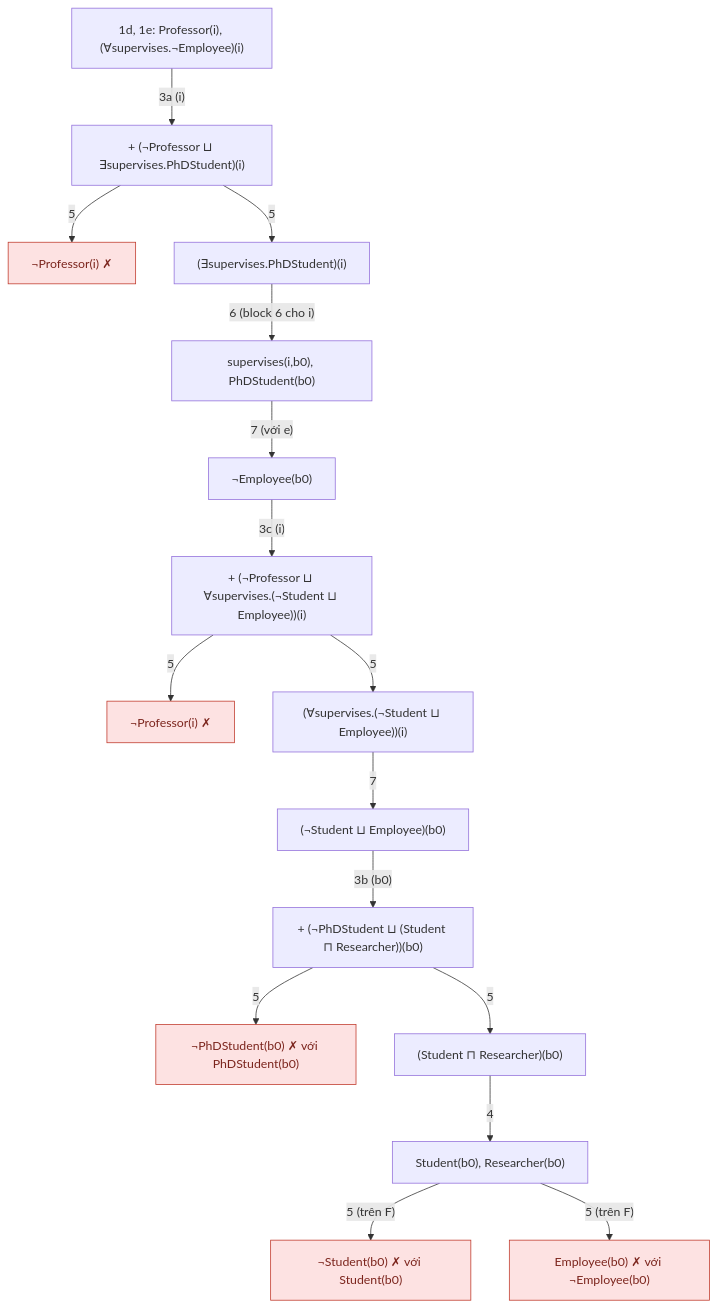
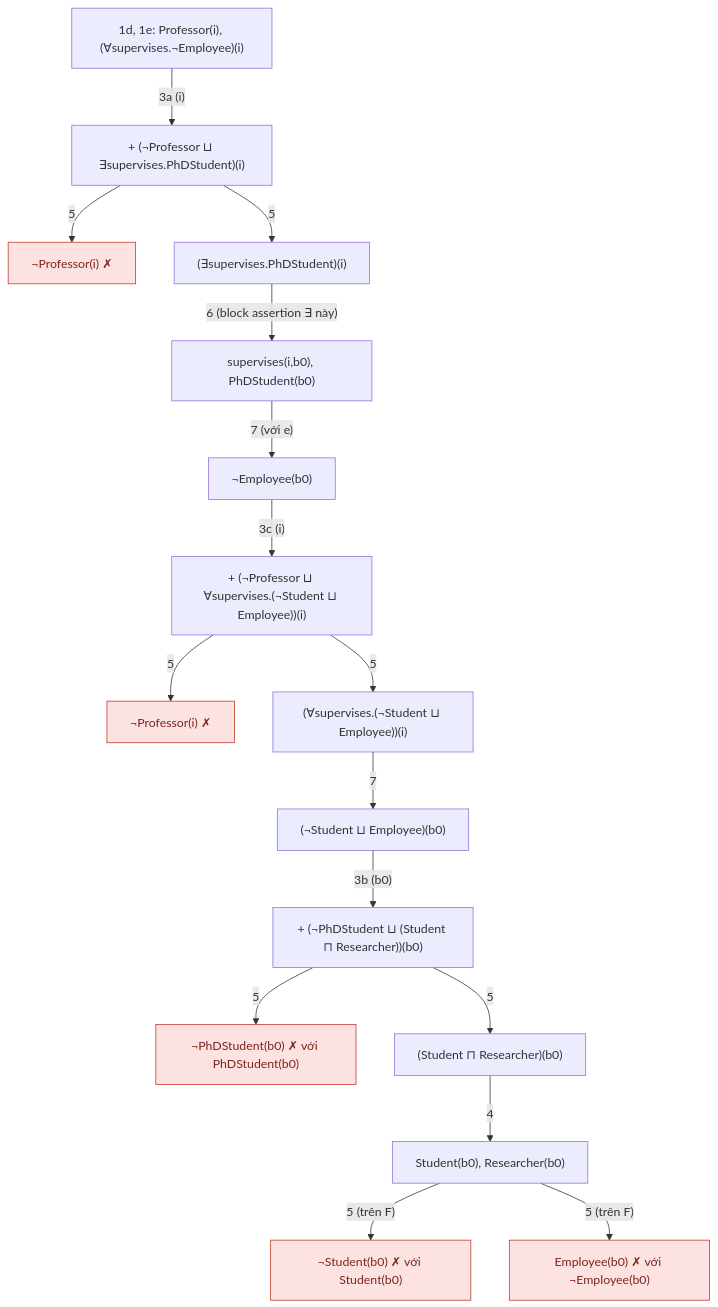
One commit to DatDinh0923/SemanticWeb_2025B changed the third of 3 diagrams in on-tap/03-owl2-tableau.md. Above: the diagram before and after it, drawn with Mermaid. The commit also changed other lines of this file and 105 other files, not shown here.

````diff
--- a/on-tap/03-owl2-tableau.md
+++ b/on-tap/03-owl2-tableau.md
@@ -191,20 +191,20 @@
 ```mermaid
 flowchart TD
   A["1d, 1e: Professor(i), (∀supervises.¬Employee)(i)"] -->|"3a (i)"| B["+ (¬Professor ⊔ ∃supervises.PhDStudent)(i)"]
   B -->|5| B1["¬Professor(i) ✗"]
   B -->|5| B2["(∃supervises.PhDStudent)(i)"]
-  B2 -->|"6 (block 6 cho i)"| C["supervises(i,b0), PhDStudent(b0)"]
+  B2 -->|"6 (block assertion ∃ này)"| C["supervises(i,b0), PhDStudent(b0)"]
   C -->|"7 (với e)"| D["¬Employee(b0)"]
   D -->|"3c (i)"| E["+ (¬Professor ⊔ ∀supervises.(¬Student ⊔ Employee))(i)"]
   E -->|5| E1["¬Professor(i) ✗"]
   E -->|5| E2["(∀supervises.(¬Student ⊔ Employee))(i)"]
   E2 -->|7| F["(¬Student ⊔ Employee)(b0)"]
   F -->|"3b (b0)"| G["+ (¬PhDStudent ⊔ (Student ⊓ Researcher))(b0)"]
   G -->|5| G1["¬PhDStudent(b0) ✗ với PhDStudent(b0)"]
   G -->|5| G2["(Student ⊓ Researcher)(b0)"]
   G2 -->|4| H["Student(b0), Researcher(b0)"]
   H -->|"5 (trên F)"| H1["¬Student(b0) ✗ với Student(b0)"]
   H -->|"5 (trên F)"| H2["Employee(b0) ✗ với ¬Employee(b0)"]
   classDef closed fill:#fde2e2,stroke:#c0392b,color:#7b241c
   class B1,E1,G1,H1,H2 closed
 ```
````
